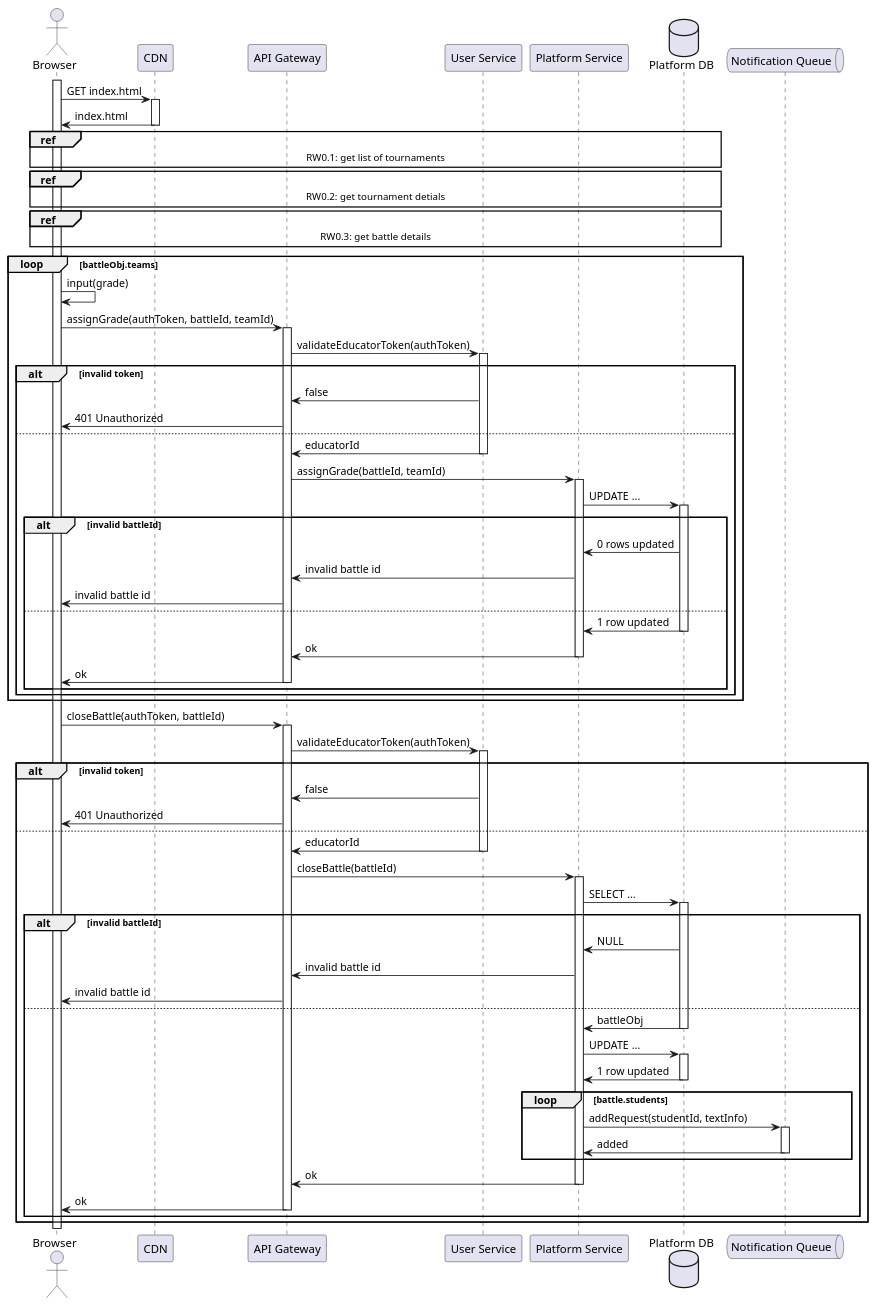
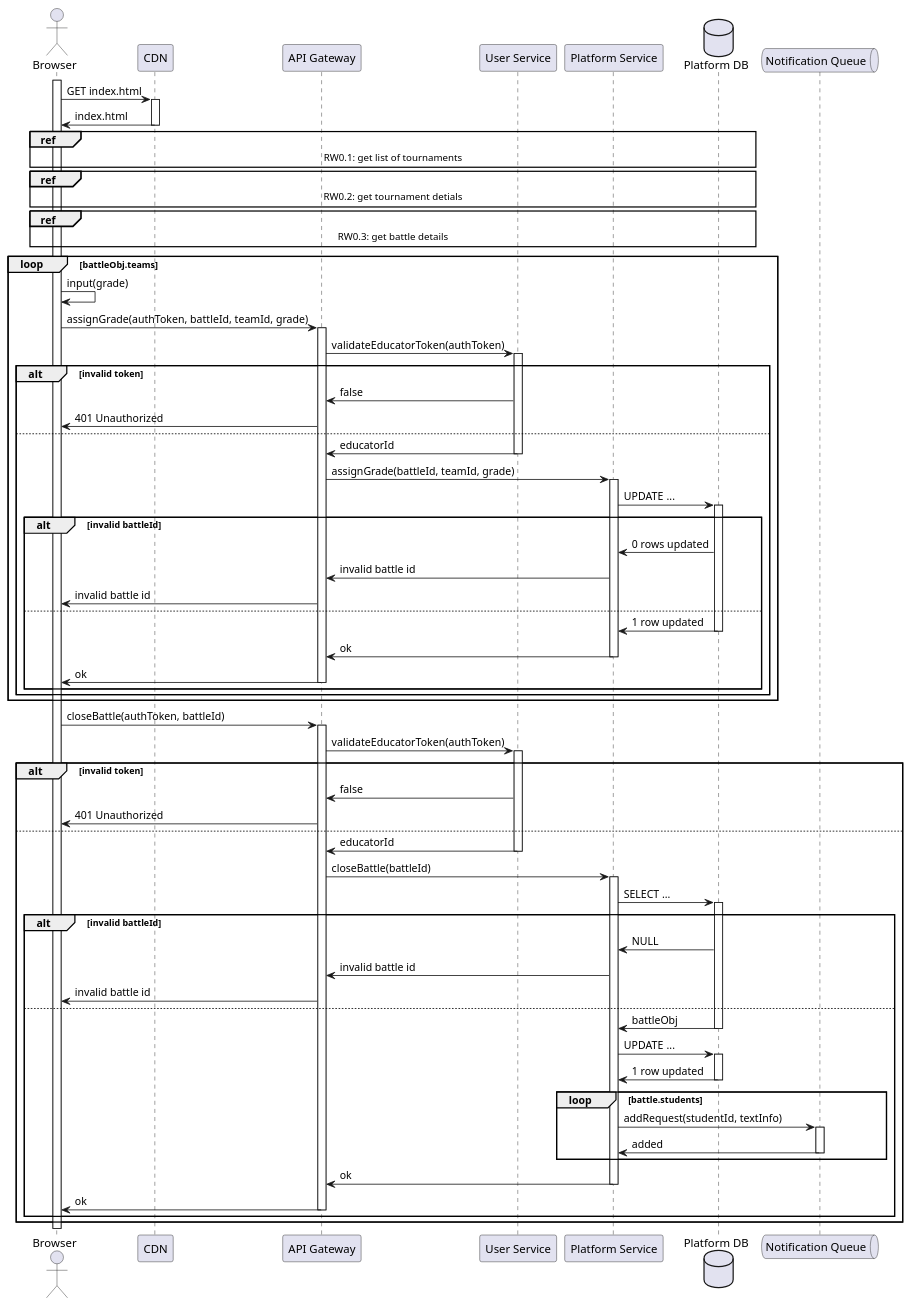
One commit to Furrrlo/CodeKataBattle changed the diagram in dd/puml/rw8.puml. Above: the diagram before and after it, drawn with PlantUML. The commit also changed 4 other files, not shown here.

```diff
--- a/dd/puml/rw8.puml
+++ b/dd/puml/rw8.puml
@@ -1,80 +1,80 @@
 @startuml RW8 - Educator manually evaluates teams
 
 actor Browser
 participant CDN
 participant "API Gateway" as gateway
 participant "User Service" as auth
 
 participant "Platform Service" as platform
 database "Platform DB" as platformDb
 
 queue  "Notification Queue" as notificationQueue
 
 activate Browser
 Browser -> CDN ++ : GET index.html
 Browser <- CDN -- : index.html
 
 ref over Browser, gateway, auth, platform, platformDb: RW0.1: get list of tournaments
 ref over Browser, gateway, auth, platform, platformDb: RW0.2: get tournament detials
 ref over Browser, gateway, auth, platform, platformDb: RW0.3: get battle details
 
 
 loop battleObj.teams
     Browser -> Browser : input(grade)
 
-    Browser -> gateway ++ : assignGrade(authToken, battleId, teamId)
+    Browser -> gateway ++ : assignGrade(authToken, battleId, teamId, grade)
     gateway -> auth ++ : validateEducatorToken(authToken)
     alt invalid token
         gateway <- auth : false
         Browser <- gateway : 401 Unauthorized
     else
         gateway <- auth -- : educatorId
-        gateway -> platform ++ : assignGrade(battleId, teamId)
+        gateway -> platform ++ : assignGrade(battleId, teamId, grade)
 
         platform -> platformDb ++ : UPDATE ...
 
         alt invalid battleId
             platform <- platformDb : 0 rows updated
             gateway <- platform : invalid battle id
             Browser <- gateway : invalid battle id
         else
             platform <- platformDb -- : 1 row updated
             gateway <- platform -- : ok
             Browser <- gateway -- : ok
         end
     end
 
 end
 
 Browser -> gateway ++ : closeBattle(authToken, battleId)
 gateway -> auth ++ : validateEducatorToken(authToken)
 alt invalid token
     gateway <- auth : false
     Browser <- gateway : 401 Unauthorized
 else
     gateway <- auth -- : educatorId
     gateway -> platform ++ : closeBattle(battleId)
 
     platform -> platformDb ++ : SELECT ...
 
     alt invalid battleId
         platform <- platformDb : NULL
         gateway <- platform : invalid battle id
         Browser <- gateway : invalid battle id
     else
         platform <- platformDb -- : battleObj
         platform -> platformDb ++ : UPDATE ...
         platform <- platformDb -- : 1 row updated
 
         loop battle.students
             platform -> notificationQueue ++ : addRequest(studentId, textInfo)
             platform <- notificationQueue --: added
         end
 
         gateway <- platform -- : ok
         Browser <- gateway -- : ok
     end
 end
 
 
 @enduml
```
